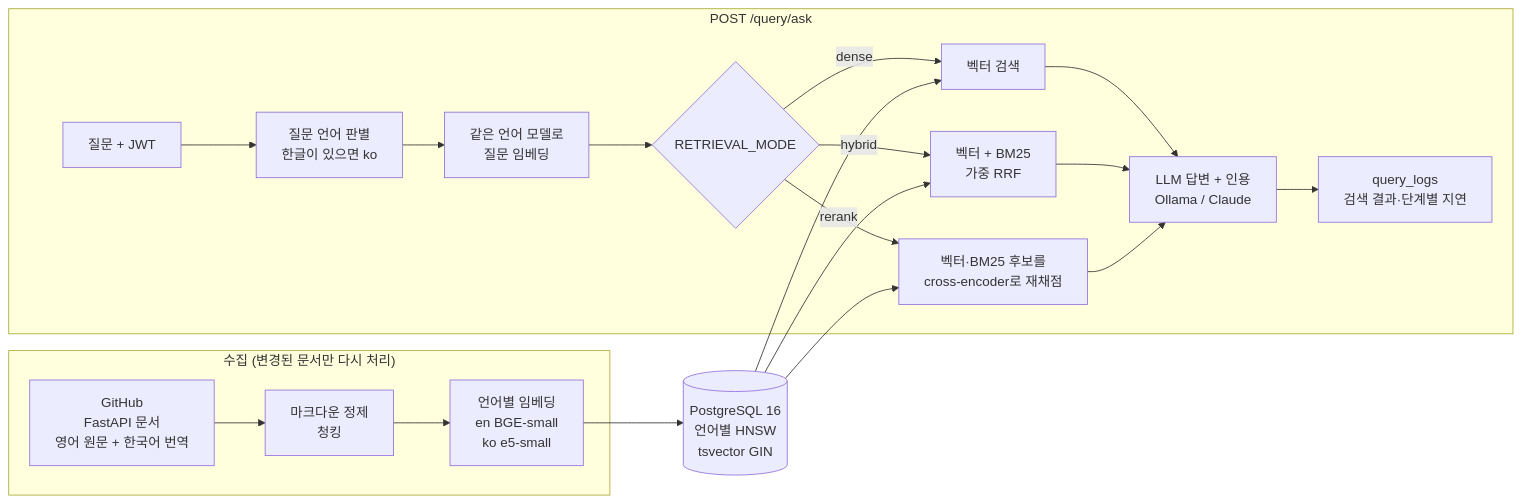
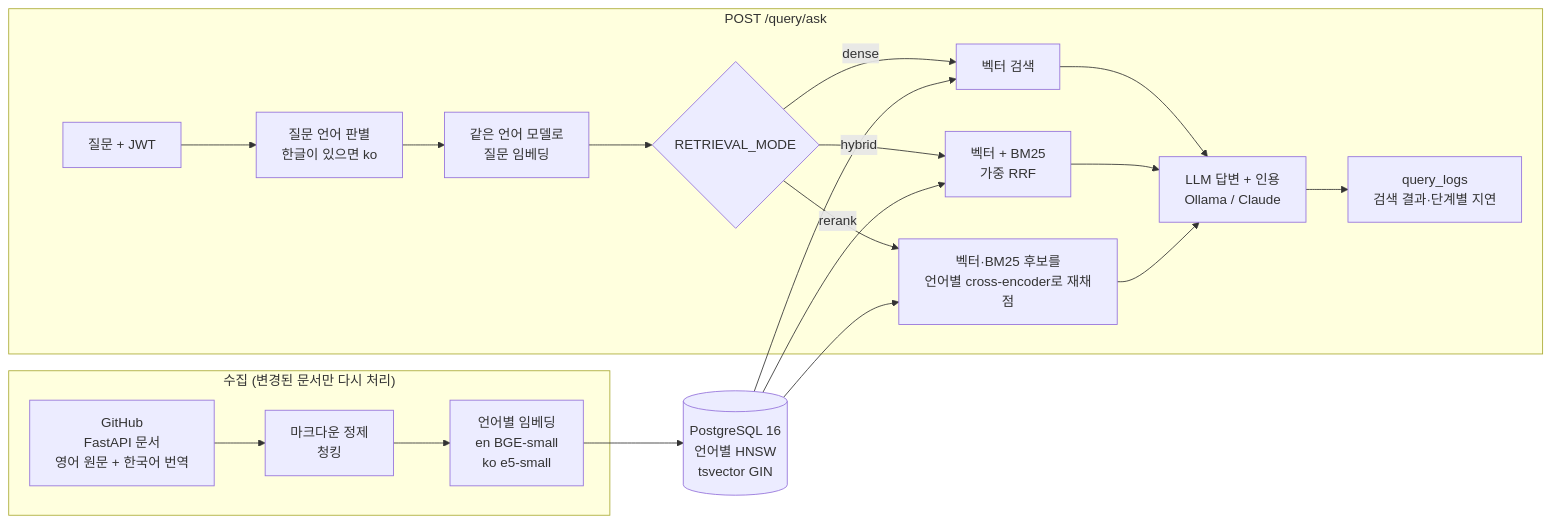
The diagram in README.md (hyeonbin123/rag-doc-qa), drawn with Mermaid before and after one commit. The commit also changed other lines of this file and 23 other files, not shown here.

First line of the commit message:
Measure a multilingual reranker for Korean questions; make rerank mode per-language

````diff
--- a/README.md
+++ b/README.md
@@ -21,20 +21,20 @@
 ```mermaid
 flowchart LR
     subgraph ingest["수집 (변경된 문서만 다시 처리)"]
         GH["GitHub<br/>FastAPI 문서<br/>영어 원문 + 한국어 번역"] --> CL["마크다운 정제<br/>청킹"] --> EP["언어별 임베딩<br/>en BGE-small<br/>ko e5-small"]
     end
     EP --> PG[("PostgreSQL 16<br/>언어별 HNSW<br/>tsvector GIN")]
     subgraph ask["POST /query/ask"]
         Q["질문 + JWT"] --> LANG["질문 언어 판별<br/>한글이 있으면 ko"] --> EQ["같은 언어 모델로<br/>질문 임베딩"] --> MODE{"RETRIEVAL_MODE"}
         MODE -->|dense| D["벡터 검색"]
         MODE -->|hybrid| H["벡터 + BM25<br/>가중 RRF"]
-        MODE -->|rerank| R["벡터·BM25 후보를<br/>cross-encoder로 재채점"]
+        MODE -->|rerank| R["벡터·BM25 후보를<br/>언어별 cross-encoder로 재채점"]
         D --> GEN["LLM 답변 + 인용<br/>Ollama / Claude"]
         H --> GEN
         R --> GEN
         GEN --> LOG["query_logs<br/>검색 결과·단계별 지연"]
     end
     PG --> D
     PG --> H
     PG --> R
 ```
````
